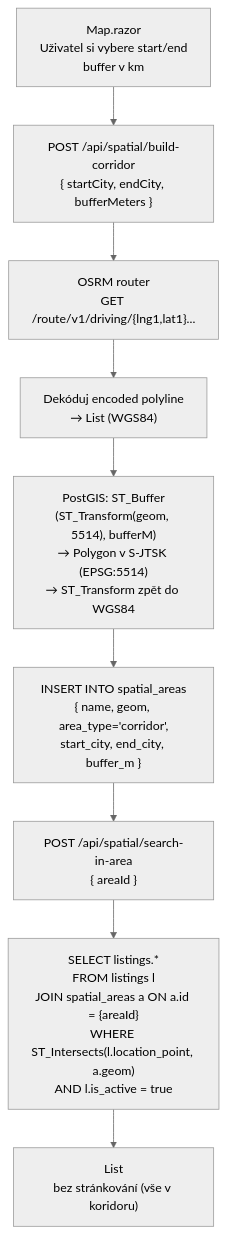
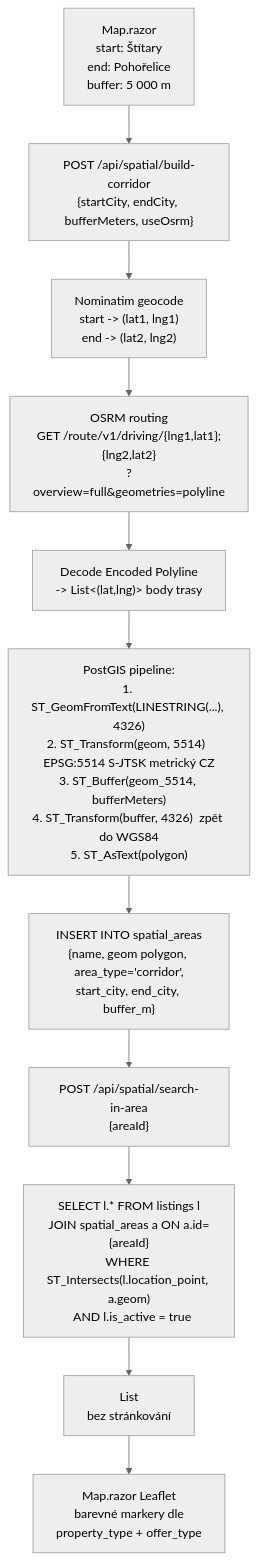
Before and after one commit to cybersmurf/RealEstateAggregator: diagram 14 of 19 in docs/ARCHITECTURE.md, drawn with Mermaid (neutral theme). The commit also changed other lines of this file, not shown here.

Commit message:
docs: ARCHITECTURE.md – kompletní přepis Session 19, 16 sekcí, Mermaid diagramy

````diff
--- a/docs/ARCHITECTURE.md
+++ b/docs/ARCHITECTURE.md
@@ -695,19 +935,20 @@
 ```mermaid
 flowchart TD
-    UI_MAP["Map.razor\nUživatel si vybere start/end\nbuffer v km"] --> BUILD_API
+    UI_MAP["Map.razor\nstart: Štítary\nend: Pohořelice\nbuffer: 5 000 m"]
 
-    BUILD_API["POST /api/spatial/build-corridor\n{ startCity, endCity, bufferMeters }"] --> OSRM_CALL
+    UI_MAP --> BUILD["POST /api/spatial/build-corridor\n{startCity, endCity, bufferMeters, useOsrm}"]
 
-    OSRM_CALL["OSRM router\nGET /route/v1/driving/{lng1,lat1}..."]
-    OSRM_CALL --> POLYLINE["Dekóduj encoded polyline\n→ List<Coordinate> (WGS84)"]
+    BUILD --> GEOCODE_S["Nominatim geocode\nstart -> (lat1, lng1)\nend -> (lat2, lng2)"]
+    GEOCODE_S --> OSRM_CALL["OSRM routing\nGET /route/v1/driving/{lng1,lat1};{lng2,lat2}\n?overview=full&geometries=polyline"]
+    OSRM_CALL --> DECODE["Decode Encoded Polyline\n-> List<(lat,lng)> body trasy"]
 
-    POLYLINE --> ST_BUF["PostGIS: ST_Buffer\n(ST_Transform(geom, 5514), bufferM)\n→ Polygon v S-JTSK (EPSG:5514)\n→ ST_Transform zpět do WGS84"]
+    DECODE --> PG_BUF["PostGIS pipeline:\n1. ST_GeomFromText(LINESTRING(...), 4326)\n2. ST_Transform(geom, 5514)  EPSG:5514 S-JTSK metrický CZ\n3. ST_Buffer(geom_5514, bufferMeters)\n4. ST_Transform(buffer, 4326)  zpět do WGS84\n5. ST_AsText(polygon)"]
 
-    ST_BUF --> SAVE_AREA["INSERT INTO spatial_areas\n{ name, geom, area_type='corridor',\nstart_city, end_city, buffer_m }"]
+    PG_BUF --> SAVE_AREA["INSERT INTO spatial_areas\n{name, geom polygon, area_type='corridor',\nstart_city, end_city, buffer_m}"]
 
-    SAVE_AREA --> SEARCH["POST /api/spatial/search-in-area\n{ areaId }"]
+    SAVE_AREA --> SEARCH["POST /api/spatial/search-in-area\n{areaId}"]
+    SEARCH --> INTERSECT["SELECT l.* FROM listings l\nJOIN spatial_areas a ON a.id={areaId}\nWHERE ST_Intersects(l.location_point, a.geom)\n  AND l.is_active = true"]
 
-    SEARCH --> INTERSECTS["SELECT listings.*\nFROM listings l\nJOIN spatial_areas a ON a.id = {areaId}\nWHERE ST_Intersects(l.location_point, a.geom)\nAND l.is_active = true"]
-
-    INTERSECTS --> RESULTS["List<ListingSummaryDto>\nbez stránkování (vše v koridoru)"]
+    INTERSECT --> RESULTS["List<ListingSummaryDto>\nbez stránkování"]
+    RESULTS --> LEAFLET["Map.razor Leaflet\nbarevné markery dle\nproperty_type + offer_type"]
 ```
````
